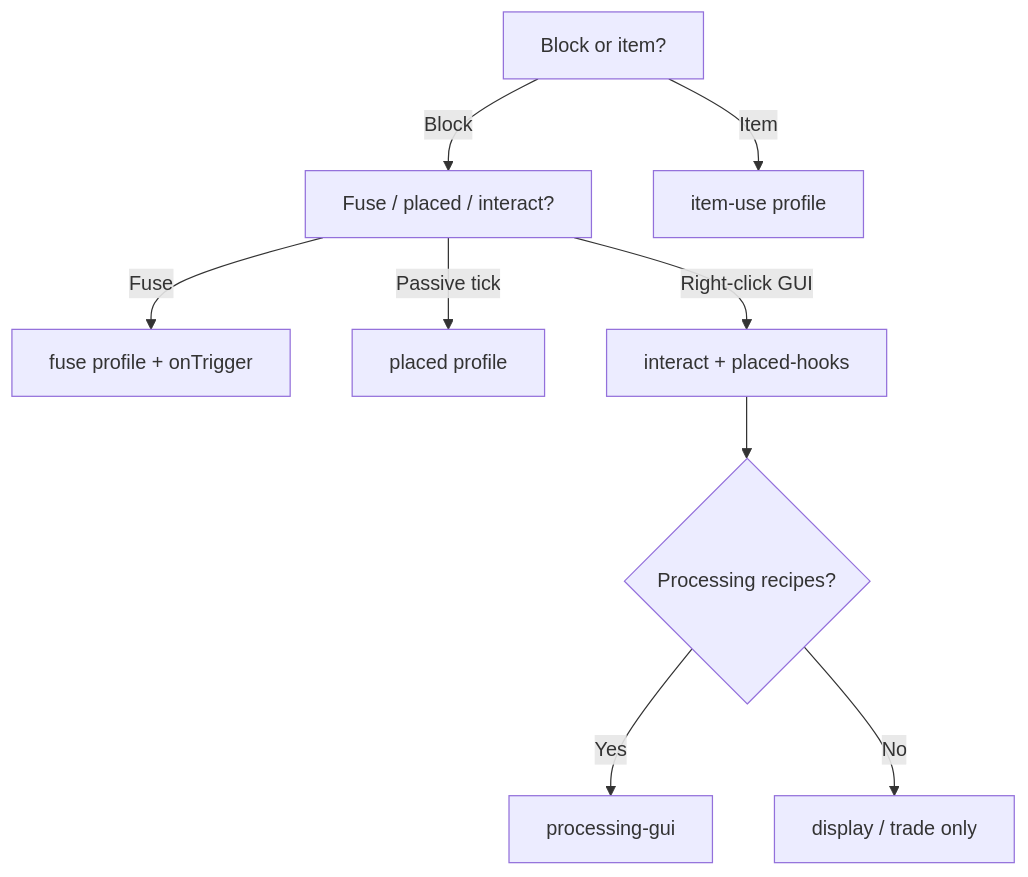
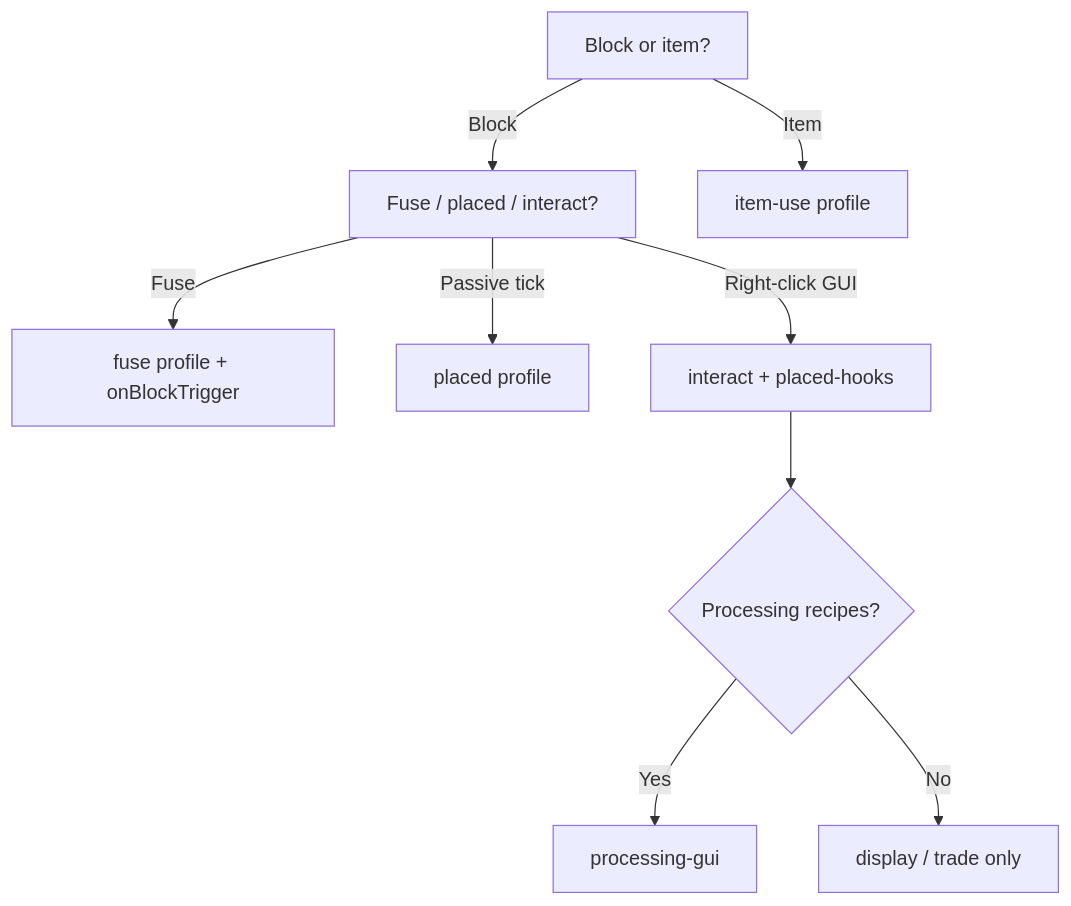
Before and after one commit to rowan-smith/IgnisCore: the diagram in website/docs/developers/extension-profiles.md, drawn with Mermaid. The commit also changed other lines of this file and 241 other files, not shown here.

````diff
--- a/website/docs/developers/extension-profiles.md
+++ b/website/docs/developers/extension-profiles.md
@@ -72,11 +72,11 @@
 ```mermaid
 flowchart TD
     A[Block or item?] -->|Block| B[Fuse / placed / interact?]
     A -->|Item| I[item-use profile]
-    B -->|Fuse| F[fuse profile + onTrigger]
+    B -->|Fuse| F[fuse profile + onBlockTrigger]
     B -->|Passive tick| P[placed profile]
     B -->|Right-click GUI| G[interact + placed-hooks]
     G --> H{Processing recipes?}
     H -->|Yes| PG[processing-gui]
     H -->|No| D[display / trade only]
 ```
````
